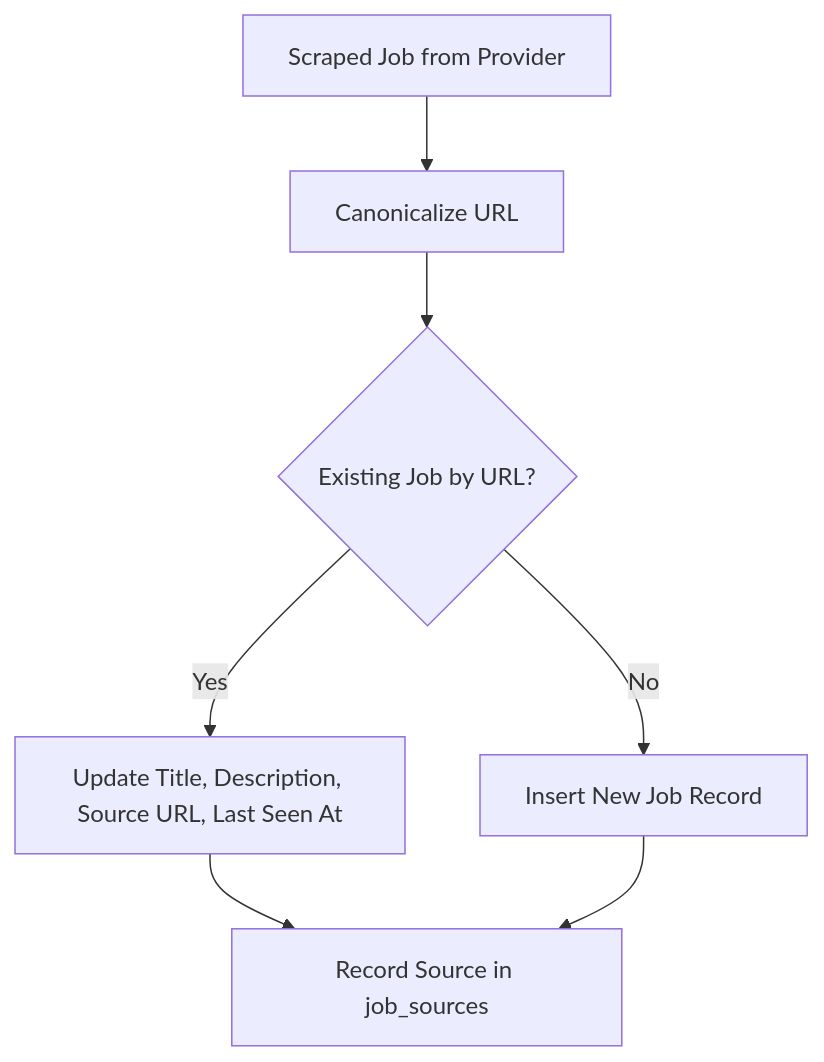
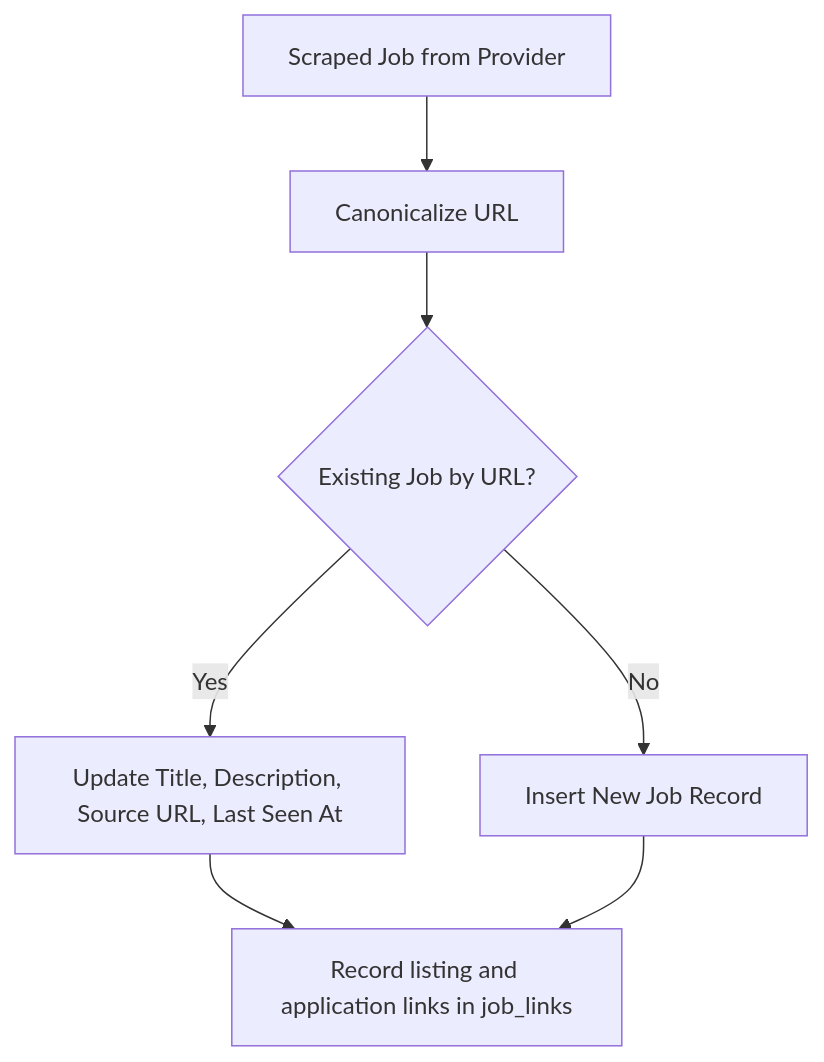
The diagram in plans/merge-jobs-same-url.md (Fyrgeit/lokisjobb), drawn with Mermaid before and after one commit. The commit also changed 31 other files, not shown here.

First line of the commit message:
Refactor job ingestion and database schema to support canonical URLs and job links

````diff
--- a/plans/merge-jobs-same-url.md
+++ b/plans/merge-jobs-same-url.md
@@ -9,9 +9,9 @@
 ```mermaid
 graph TD
     A[Scraped Job from Provider] --> B[Canonicalize URL]
     B --> C{Existing Job by URL?}
     C -- Yes --> D[Update Title, Description, Source URL, Last Seen At]
     C -- No --> E[Insert New Job Record]
-    D --> F[Record Source in job_sources]
-    E --> F[Record Source in job_sources]
+    D --> F[Record listing and application links in job_links]
+    E --> F[Record listing and application links in job_links]
 ```
````
